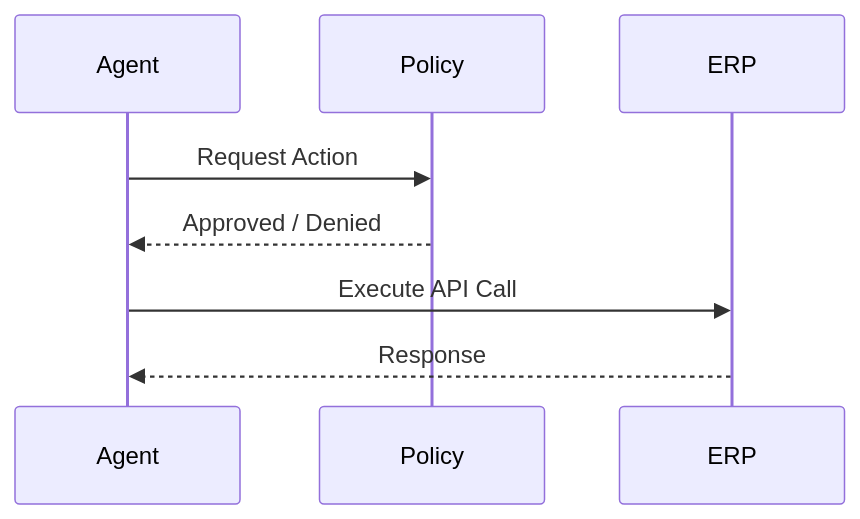
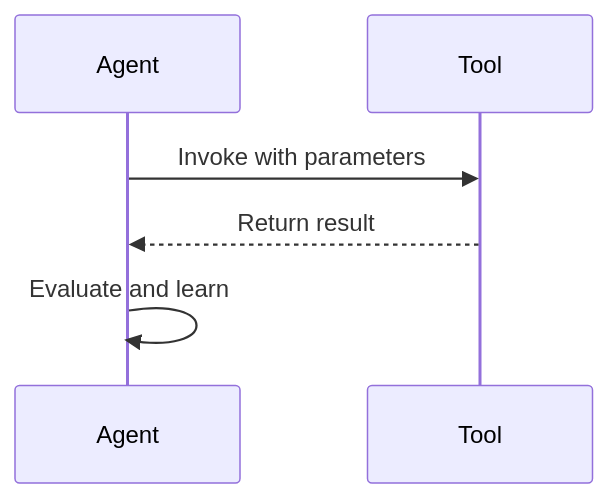
Before and after one commit to m-rizqinovniari/agentic-handbook: the third of 5 diagrams in docusaurus/docs/part-3/chapter-9.md, drawn with Mermaid. The commit also changed other lines of this file and 19 other files, not shown here.

````diff
--- a/docusaurus/docs/part-3/chapter-9.md
+++ b/docusaurus/docs/part-3/chapter-9.md
@@ -137,10 +236,8 @@
 ```mermaid
 sequenceDiagram
     participant Agent
-    participant Policy
-    participant ERP
-    Agent->>Policy: Request Action
-    Policy-->>Agent: Approved / Denied
-    Agent->>ERP: Execute API Call
-    ERP-->>Agent: Response
+    participant Tool
+    Agent->>Tool: Invoke with parameters
+    Tool-->>Agent: Return result
+    Agent->>Agent: Evaluate and learn
 ```
````
